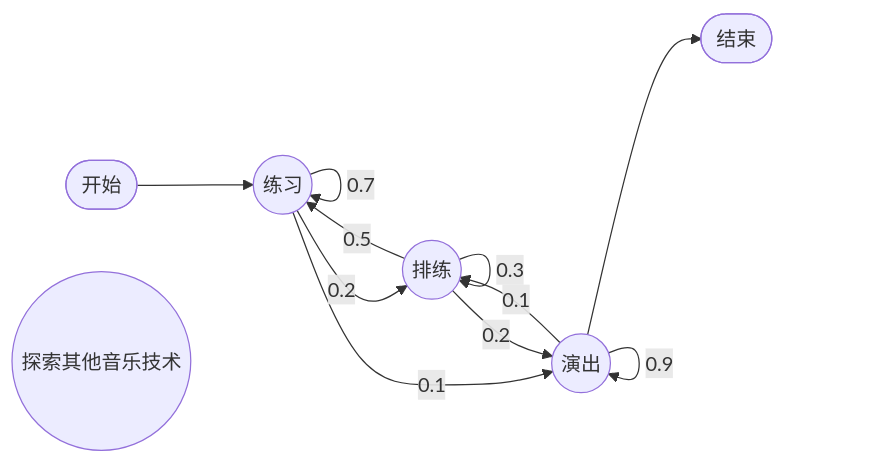
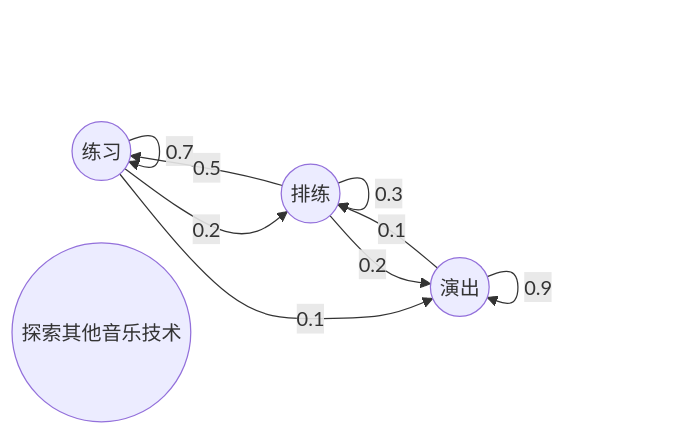
The diagram in content/music.md (auravan/auraweb), drawn with Mermaid before and after one commit. The commit also changed other lines of this file and 10 other files, not shown here.

```diff
--- a/content/music.md
+++ b/content/music.md
@@ -18,21 +16,21 @@
 {{< mermaid class="center bordered shadow" >}}
 graph LR
-Start([开始]) --> A((练习))
+%%Start([开始]) --> A((练习))
     A((练习))
     B((排练))
     C((演出))
-    C --> D([结束])
+%%    C --> D([结束])
     E((探索其他音乐技术))
     A -->|0.7| A
     A -->|0.2| B
     A -->|0.1| C
     B -->|0.5| A
     B -->|0.3| B
     B -->|0.2| C
     C -->|0.1| B
     C -->|0.9| C
     E
     click A "https://auravan.top/music/music_train" "寻找好用的练习"
     click C "https://auravan.top/music/music_show" "我的演出"
     click E "https://auravan.top/music/music_tech" "音乐科技"
 {{< /mermaid >}}
```
